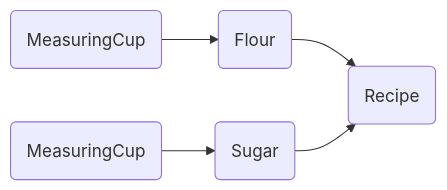
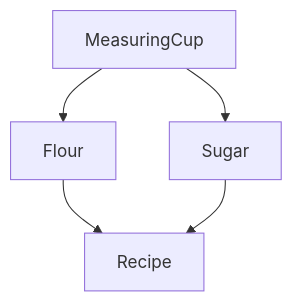
The diagram in pages/docs/tutorial/dependency-injection/layers.mdx (Effect-TS/website), drawn with Mermaid before and after one commit. The commit also changed other lines of this file and 1 other file, not shown here.

````diff
--- a/pages/docs/tutorial/dependency-injection/layers.mdx
+++ b/pages/docs/tutorial/dependency-injection/layers.mdx
@@ -19,7 +19,7 @@
 ```mermaid
-graph LR
-  A(MeasuringCup) --> C(Flour)
-  B(MeasuringCup) --> D(Sugar)
-  C(Flour) --> E(Recipe)
-  D(Sugar) --> E(Recipe)
+graph TD
+  MeasuringCup --> Flour
+  MeasuringCup --> Sugar
+  Flour --> Recipe
+  Sugar --> Recipe
 ```
````
